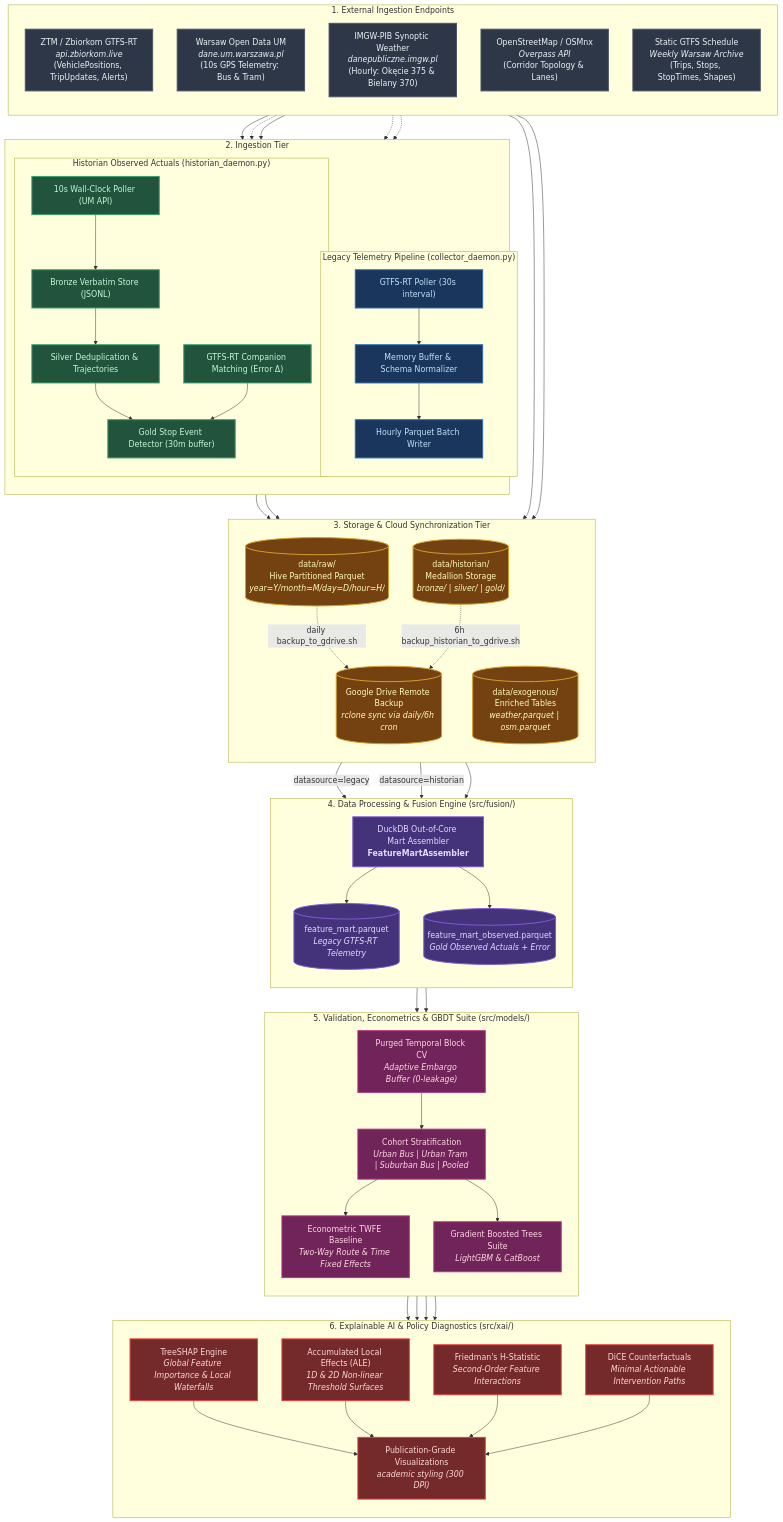
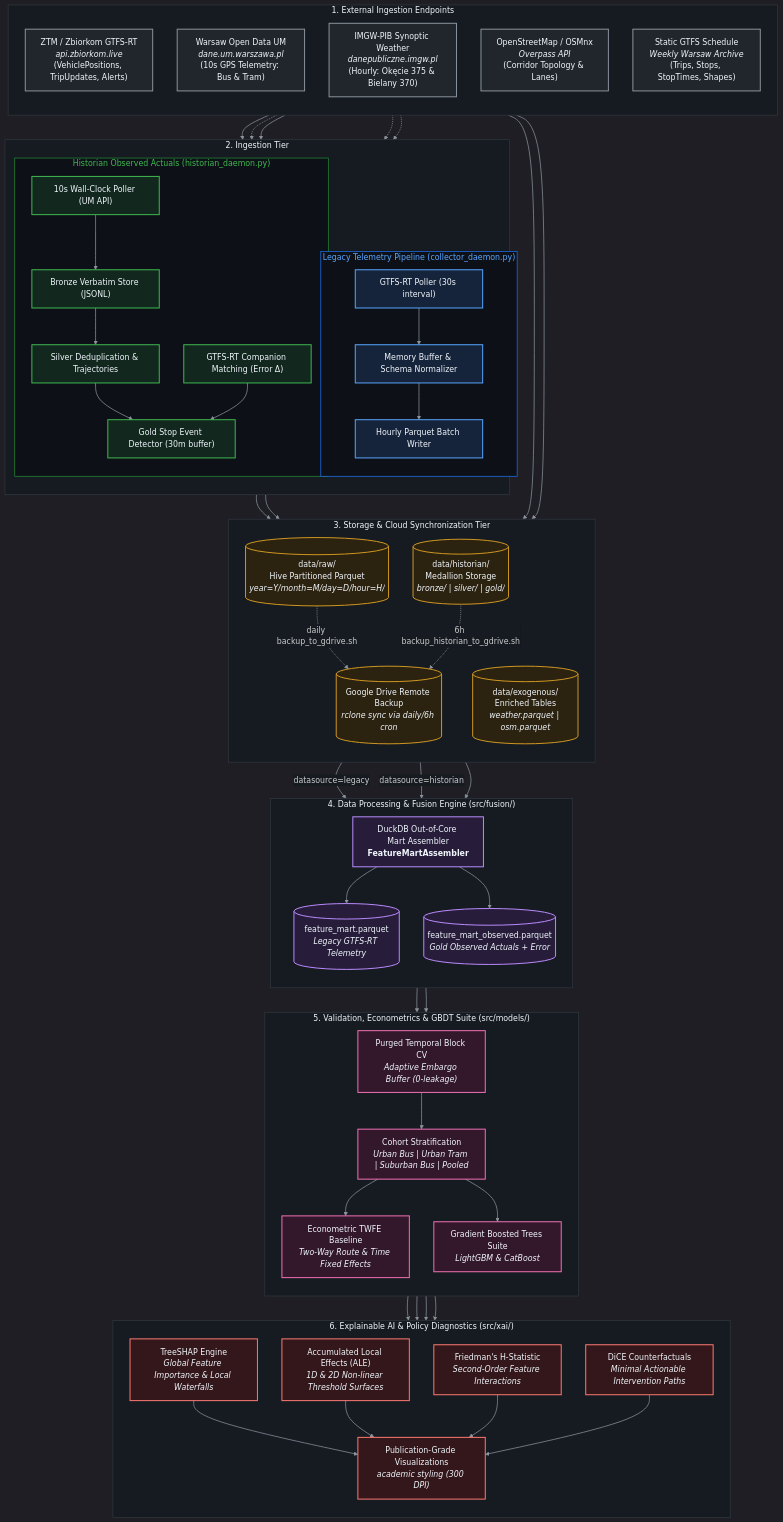
One commit to giangh14cqt/warsaw-public-transport-monitor changed the first of 2 diagrams in architect/README.md. Above: the diagram before and after it, drawn with Mermaid. The commit also changed 9 other files, not shown here.

First line of the commit message:
style(architect): optimize all Mermaid diagrams for GitHub dark theme readability

````diff
--- a/architect/README.md
+++ b/architect/README.md
@@ -12,4 +12,21 @@
 ```mermaid
+%%{init: {
+  'theme': 'dark',
+  'themeVariables': {
+    'darkMode': true,
+    'background': '#0d1117',
+    'mainBkg': '#161b22',
+    'primaryColor': '#1f2937',
+    'primaryTextColor': '#f0f6fc',
+    'primaryBorderColor': '#58a6ff',
+    'lineColor': '#8b949e',
+    'secondaryColor': '#161b22',
+    'tertiaryColor': '#21262d',
+    'clusterBkg': '#161b22',
+    'clusterBorder': '#30363d',
+    'edgeLabelBackground': '#161b22'
+  }
+}}%%
 flowchart TB
     %% External Data Sources
     subgraph Sources ["1. External Ingestion Endpoints"]
@@ -115,14 +132,26 @@
     Interactions --> PubPlots
     DiCE --> PubPlots
 
-    %% Styling
-    classDef sourceNode fill:#2d3748,stroke:#4a5568,color:#edf2f7,stroke-width:2px;
-    classDef legacyNode fill:#1a365d,stroke:#2b6cb0,color:#bee3f8,stroke-width:2px;
-    classDef histNode fill:#22543d,stroke:#38a169,color:#c6f6d5,stroke-width:2px;
-    classDef storageNode fill:#744210,stroke:#d69e2e,color:#fefcbf,stroke-width:2px;
-    classDef fusionNode fill:#44337a,stroke:#805ad5,color:#e9d8fd,stroke-width:2px;
-    classDef modelNode fill:#702459,stroke:#b83280,color:#fed7e2,stroke-width:2px;
-    classDef xaiNode fill:#742a2a,stroke:#e53e3e,color:#fed7d7,stroke-width:2px;
+    %% Subgraph Styling for GitHub Dark Theme
+    style Sources fill:#161b22,stroke:#30363d,stroke-width:1.5px,color:#f0f6fc
+    style Ingestion fill:#161b22,stroke:#30363d,stroke-width:1.5px,color:#f0f6fc
+    style LegacyPipeline fill:#0d1117,stroke:#1f6feb,stroke-width:1.5px,color:#58a6ff
+    style HistorianPipeline fill:#0d1117,stroke:#238636,stroke-width:1.5px,color:#3fb950
+    style StorageTier fill:#161b22,stroke:#30363d,stroke-width:1.5px,color:#f0f6fc
+    style ProcessingTier fill:#161b22,stroke:#30363d,stroke-width:1.5px,color:#f0f6fc
+    style ModelingTier fill:#161b22,stroke:#30363d,stroke-width:1.5px,color:#f0f6fc
+    style xAITier fill:#161b22,stroke:#30363d,stroke-width:1.5px,color:#f0f6fc
+
+    %% High-Contrast Node Styling
+    classDef sourceNode fill:#21262d,stroke:#8b949e,stroke-width:2px,color:#f0f6fc;
+    classDef legacyNode fill:#16243b,stroke:#58a6ff,stroke-width:2px,color:#f0f6fc;
+    classDef histNode fill:#12281e,stroke:#3fb950,stroke-width:2px,color:#f0f6fc;
+    classDef storageNode fill:#2c2210,stroke:#d29922,stroke-width:2px,color:#f0f6fc;
+    classDef fusionNode fill:#271d3b,stroke:#bc8cff,stroke-width:2px,color:#f0f6fc;
+    classDef modelNode fill:#33172b,stroke:#f472b6,stroke-width:2px,color:#f0f6fc;
+    classDef xaiNode fill:#33171a,stroke:#ff7b72,stroke-width:2px,color:#f0f6fc;
+
+    linkStyle default stroke:#8b949e,stroke-width:1.5px;
 
     class S1,S2,S3,S4,S5 sourceNode;
     class L1,L2,L3 legacyNode;
````
